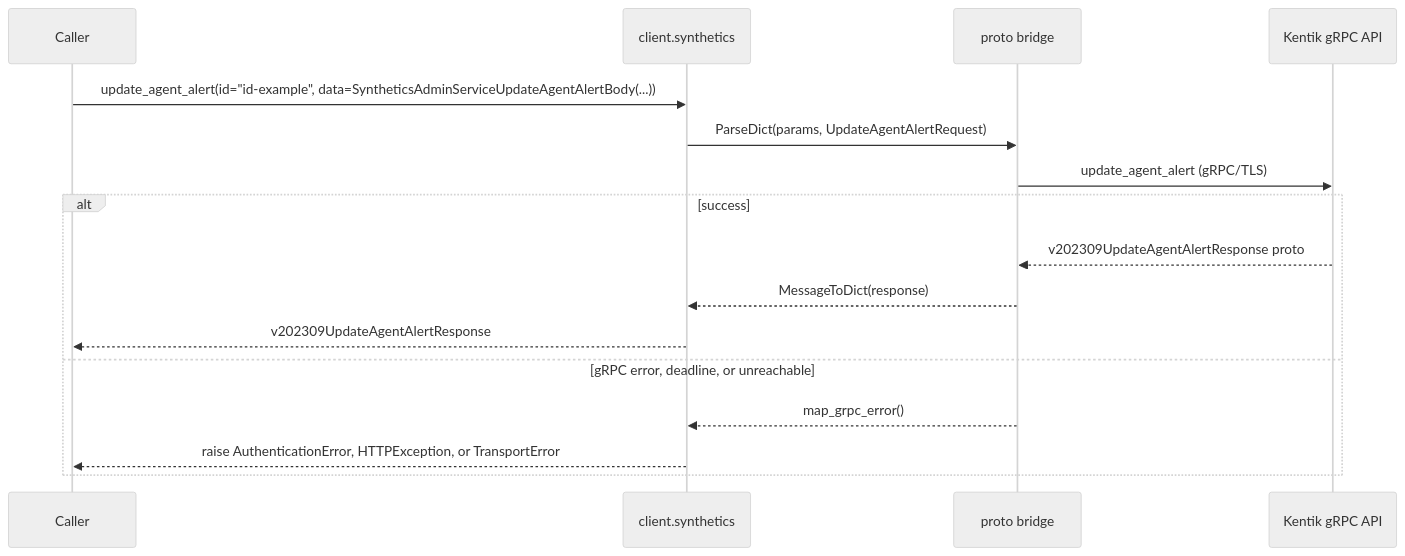
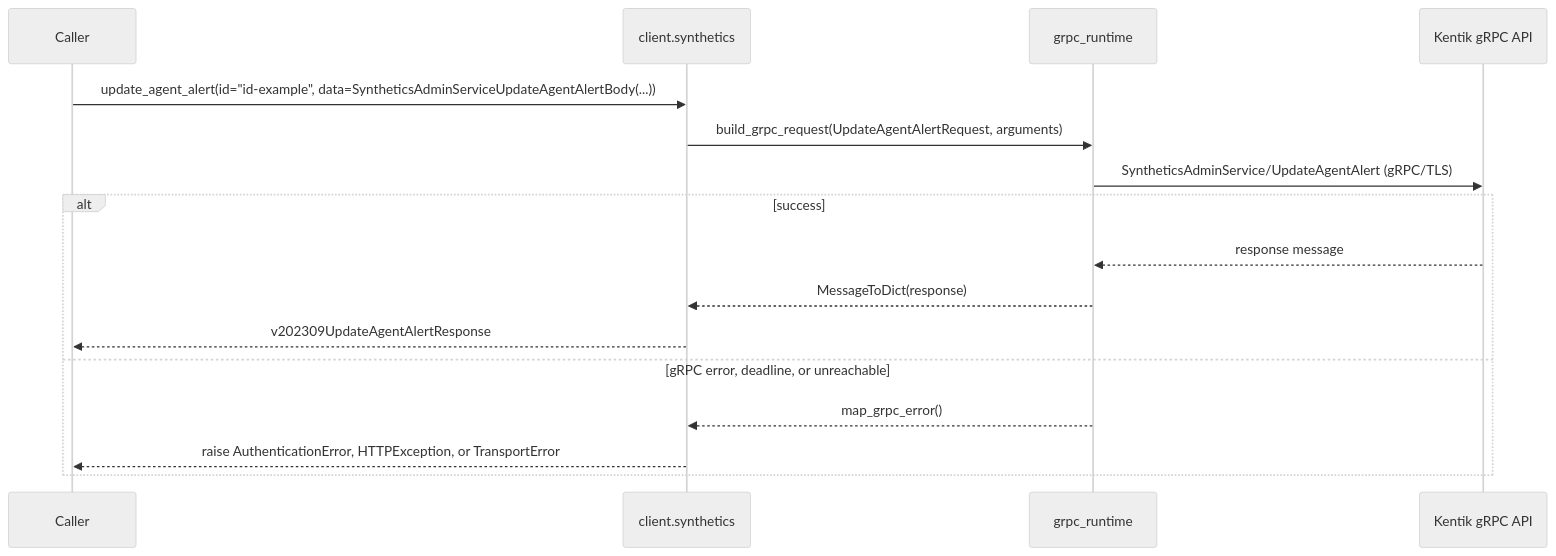
Before and after one commit to alexdearaujo/community_sdk_python: the ninth of 38 diagrams in docs/sphinx/services/synthetics.md, drawn with Mermaid (neutral theme). The commit also changed other lines of this file and 37 other files, not shown here.

First line of the commit message:
docs: show the real RPC in each service page's gRPC diagram

````diff
--- a/docs/sphinx/services/synthetics.md
+++ b/docs/sphinx/services/synthetics.md
@@ -287,19 +287,19 @@
 ```mermaid
 sequenceDiagram
     participant C as Caller
     participant W as client.synthetics
-    participant B as proto bridge
+    participant R as grpc_runtime
     participant API as Kentik gRPC API
 
     C->>W: update_agent_alert(id="id-example", data=SyntheticsAdminServiceUpdateAgentAlertBody(...))
-    W->>B: ParseDict(params, UpdateAgentAlertRequest)
-    B->>API: update_agent_alert (gRPC/TLS)
+    W->>R: build_grpc_request(UpdateAgentAlertRequest, arguments)
+    R->>API: SyntheticsAdminService/UpdateAgentAlert (gRPC/TLS)
     alt success
-        API-->>B: v202309UpdateAgentAlertResponse proto
-        B-->>W: MessageToDict(response)
+        API-->>R: response message
+        R-->>W: MessageToDict(response)
         W-->>C: v202309UpdateAgentAlertResponse
     else gRPC error, deadline, or unreachable
-        B-->>W: map_grpc_error()
+        R-->>W: map_grpc_error()
         W-->>C: raise AuthenticationError, HTTPException, or TransportError
     end
 ```
````
